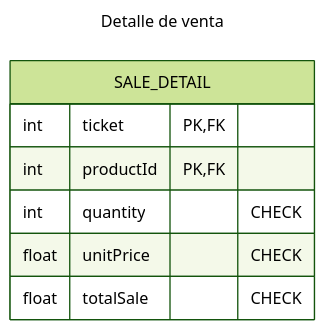
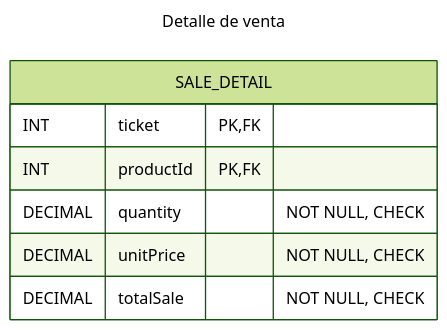
One commit to rosendocamal/homeworks changed diagram 29 of 30 in 4to-Cuatrimestre/fundamentos-base-datos/proyecto/proyecto.md. Above: the diagram before and after it, drawn with Mermaid (forest theme). The commit also changed other lines of this file and 1 other file, not shown here.

````diff
--- a/4to-Cuatrimestre/fundamentos-base-datos/proyecto/proyecto.md
+++ b/4to-Cuatrimestre/fundamentos-base-datos/proyecto/proyecto.md
@@ -537,13 +537,13 @@
 ```mermaid
 ---
 title: Detalle de venta
 ---
 erDiagram
 	SALE_DETAIL {
-		int ticket PK,FK
-		int productId PK,FK
-		int quantity "CHECK"
-		float unitPrice "CHECK"
-		float totalSale "CHECK"
+		INT ticket PK,FK
+		INT productId PK,FK
+		DECIMAL quantity "NOT NULL, CHECK"
+		DECIMAL unitPrice "NOT NULL, CHECK"
+		DECIMAL totalSale "NOT NULL, CHECK"
 	}
 ```
````
